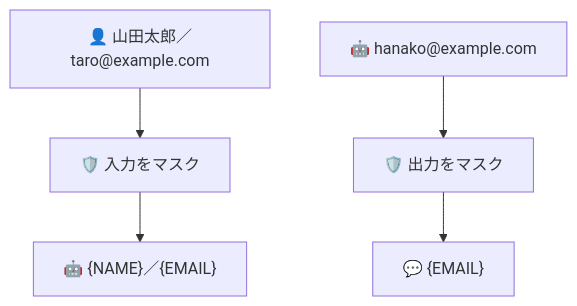
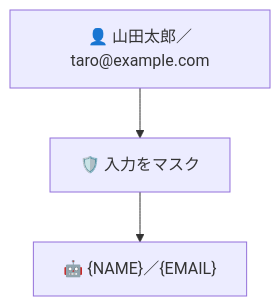
One commit to kkoch5t2/zenn-contents changed the second of 3 diagrams in articles/bedrock-guardrails-pii-logging.md. Above: the diagram before and after it, drawn with Mermaid. The commit also changed other lines of this file, not shown here.

Commit message:
Stack input and output masking diagrams vertically

````diff
--- a/articles/bedrock-guardrails-pii-logging.md
+++ b/articles/bedrock-guardrails-pii-logging.md
@@ -53,7 +55,5 @@
 ```mermaid
 flowchart TD
     I1["👤 山田太郎／taro@example.com"] --> G1["🛡️ 入力をマスク"]
     G1 --> I2["🤖 {NAME}／{EMAIL}"]
-    O1["🤖 hanako@example.com"] --> G2["🛡️ 出力をマスク"]
-    G2 --> O2["💬 {EMAIL}"]
 ```
````
